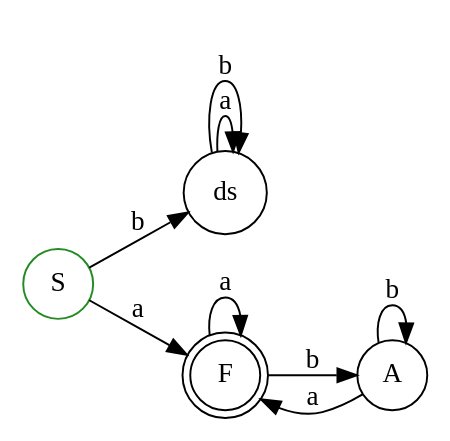
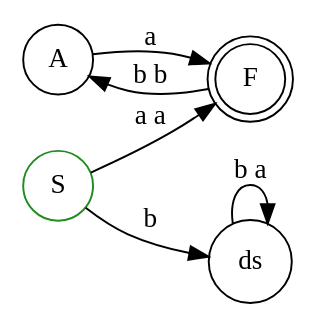
The diagram in GraphViz/test.dot (morazanm/fsm), drawn with Graphviz before and after one commit. The commit also changed 2 other files, not shown here.

Commit message:
working progress graphviz

```diff
--- a/GraphViz/test.dot
+++ b/GraphViz/test.dot
@@ -1,15 +1,12 @@
 digraph aStara {
     rankdir="LR";
+    A [label="A", shape="circle", color="black"];
+    F [label="F", shape="doublecircle", color="black"];
+    S [label="S", shape="circle", color="forestgreen"];
     ds [label="ds", shape="circle", color="black"];
-    S [label="S", shape="circle", color="forestgreen"];
-    F [label="F", shape="doublecircle", color="black"];
-    A [label="A", shape="circle", color="black"];
-    S -> F [label="a", color="black"];
-    F -> F [label="a", color="black"];
-    F -> A [label="b", color="black"];
+    S -> ds [label="b", color="black"];
+    ds -> ds [label="b a", color="black"];
     A -> F [label="a", color="black"];
-    A -> A [label="b", color="black"];
-    ds -> ds [label="a", color="black"];
-    ds -> ds [label="b", color="black"];
-    S -> ds [label="b", color="black"];
+    F -> A [label="b b", color="black"];
+    S -> F [label="a a", color="black"];
 }
```
